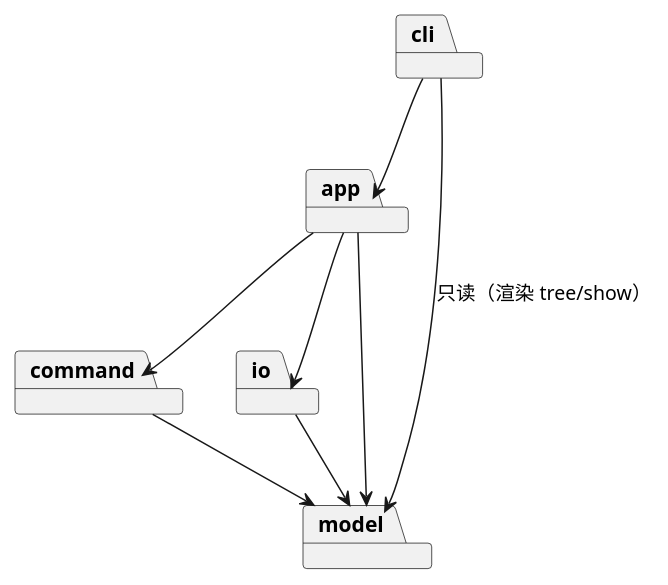
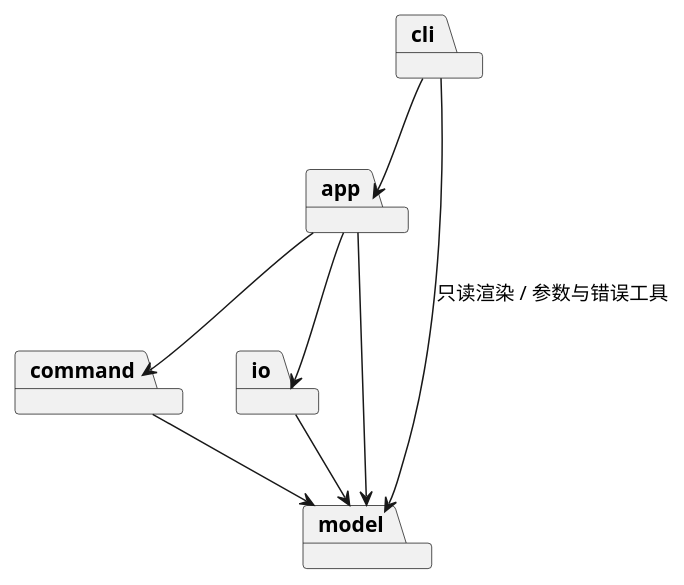
One commit to ikou11/svg-editor changed the first of 2 diagrams in doc/README.md. Above: the diagram before and after it, drawn with PlantUML. The commit also changed other lines of this file, not shown here.

Commit message:
docs: update README with final architecture, process record, consistency check and QA

````diff
--- a/doc/README.md
+++ b/doc/README.md
@@ -35,19 +40,19 @@
 ```plantuml
 @startuml
 skinparam componentStyle rectangle
 
 package "cli" as cli
 package "app" as app
 package "command" as command
 package "io" as io
 package "model" as model
 
 cli --> app
-cli --> model : 只读（渲染 tree/show）
+cli --> model : 只读渲染 / 参数与错误工具
 app --> command
 app --> io
 app --> model
 command --> model
 io --> model
 @enduml
 ```
````
